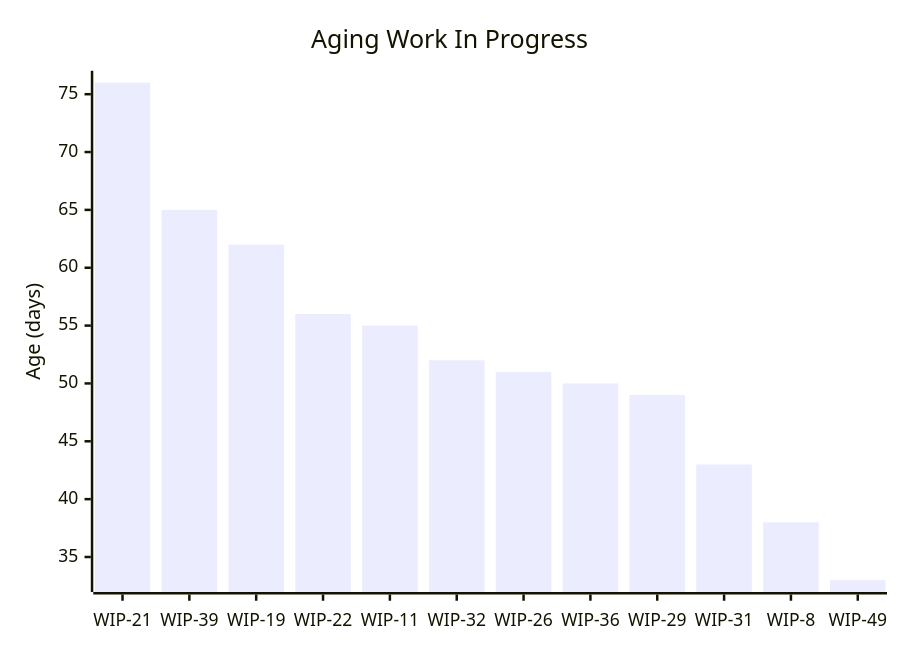
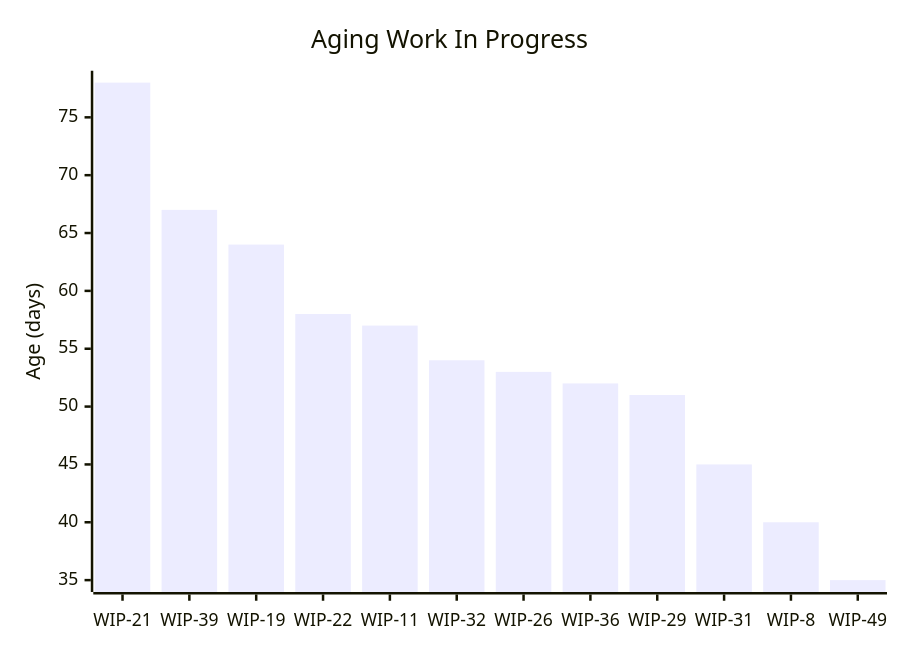
One commit to cbroult/predictability-engine changed the first of 5 diagrams in data/samples/reports/sample_data_large/priorities/Low.md. Above: the diagram before and after it, drawn with Mermaid. The commit also changed other lines of this file and 73 other files, not shown here.

````diff
--- a/data/samples/reports/sample_data_large/priorities/Low.md
+++ b/data/samples/reports/sample_data_large/priorities/Low.md
@@ -29,7 +29,7 @@
 ```mermaid
 xychart-beta
     title "Aging Work In Progress"
     x-axis ["WIP-21", "WIP-39", "WIP-19", "WIP-22", "WIP-11", "WIP-32", "WIP-26", "WIP-36", "WIP-29", "WIP-31", "WIP-8", "WIP-49"]
     y-axis "Age (days)"
-    bar "Age" [76, 65, 62, 56, 55, 52, 51, 50, 49, 43, 38, 33]
+    bar "Age" [78, 67, 64, 58, 57, 54, 53, 52, 51, 45, 40, 35]
 ```
````
